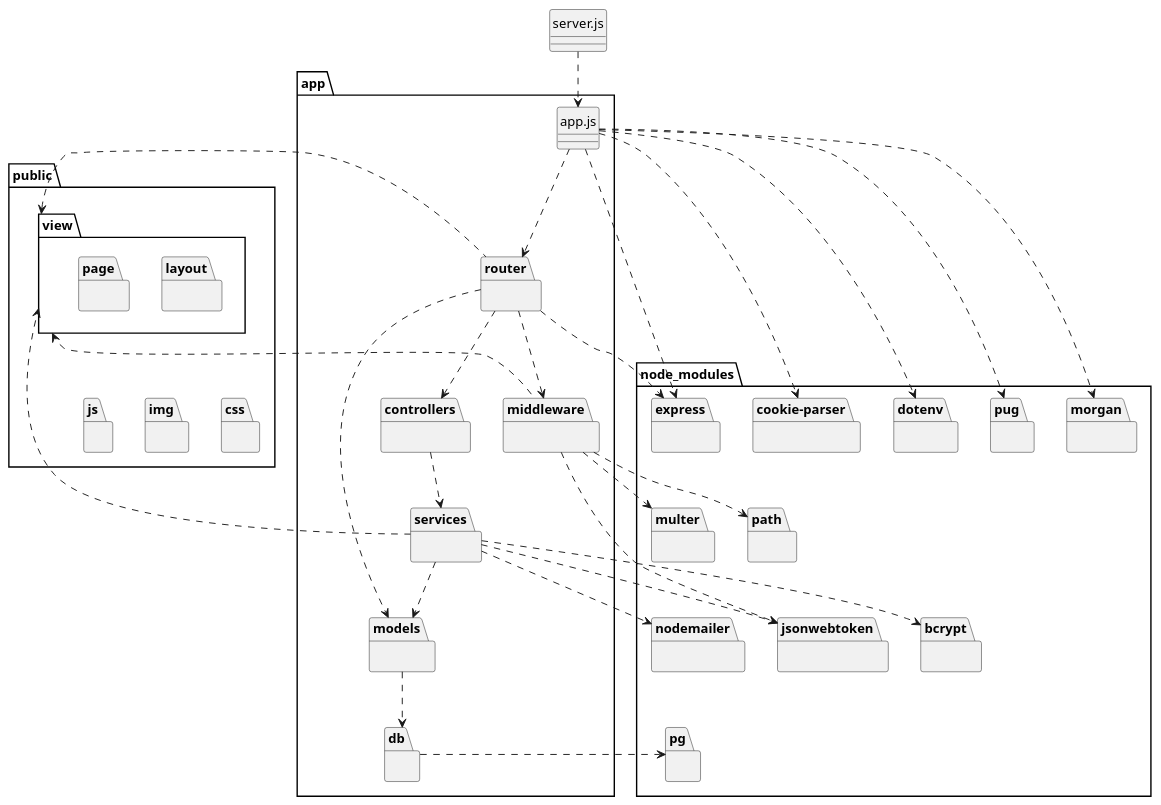
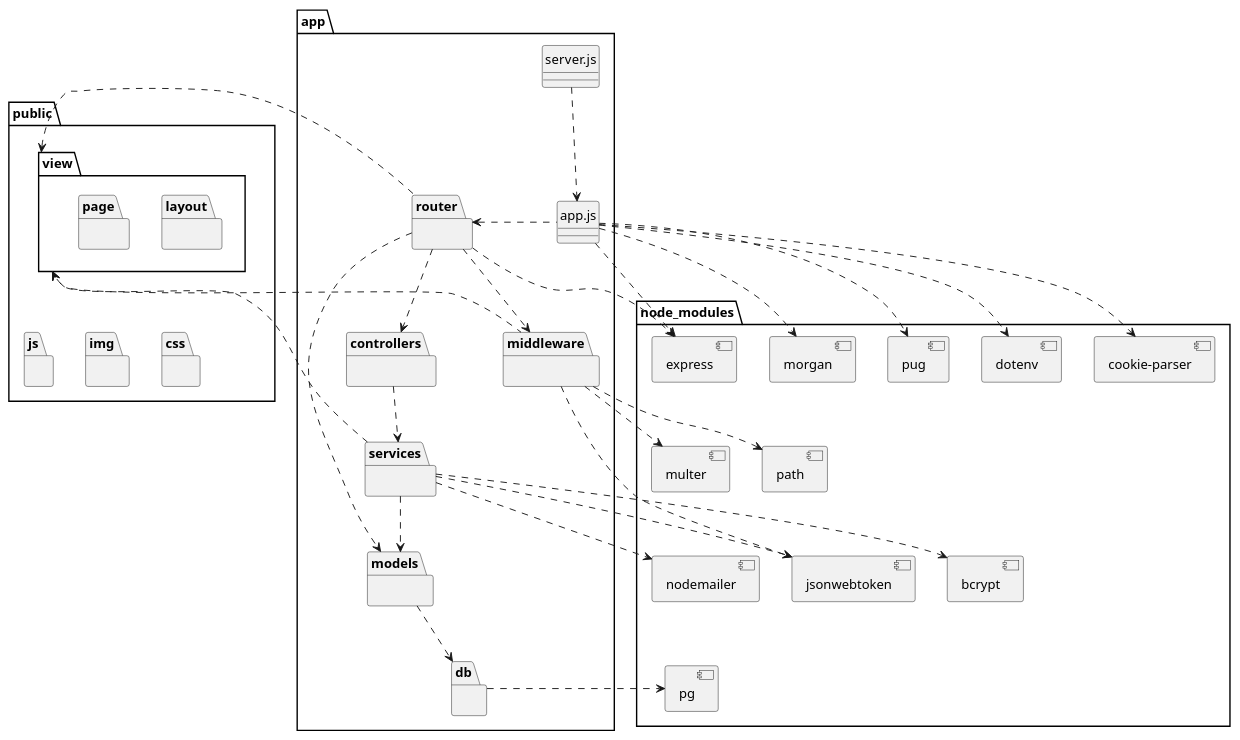
Before and after one commit to mpaulaherrero/tesis-frameworks-backend-diagrams: the diagram in logicalView/designView/express/architectureDesign/designPackageDiagram.plantuml, drawn with PlantUML.

Commit message:
components

```diff
--- a/logicalView/designView/express/architectureDesign/designPackageDiagram.plantuml
+++ b/logicalView/designView/express/architectureDesign/designPackageDiagram.plantuml
@@ -1,90 +1,90 @@
 @startuml
 skinparam style strictuml
-
-class "server.js" as serverJS
+allow_mixing
 
 package app {
+    class "server.js" as serverJS
     class "app.js" as appJS
     package router {}
     package middleware{}
     package controllers{}
     package models{}
     package services{}
     package db{}
 }
 
 package public{
     package css{}
     package img{}
     package js{}
     package view{
         package layout{}
         package page{}
     }
 }
 
 package node_modules{
-    package express{}
-    package multer{}
-    package path{}
-    package nodemailer{}
-    package jsonwebtoken{}
-    package bcrypt{}
-    package morgan{}
-    package "cookie-parser" as cookieParser{}
-    package pg{}
-    package dotenv{}
-    package pug{}
+    component express
+    component multer
+    component path
+    component nodemailer
+    component jsonwebtoken
+    component bcrypt
+    component morgan
+    component [cookie-parser] as cookieParser
+    component pg
+    component dotenv
+    component pug
 }
 
 serverJS .d.> appJS
 
-appJS ..> router
+appJS .l.> router
 appJS .[hidden].> db
 appJS ..> morgan
 appJS ..> cookieParser
 appJS ..> express
 appJS ..> dotenv
 appJS ..> pug
 appJS .[hidden]left.> public.view
 
 router .left.> public.view
 router ..> express
 router ..> middleware
 router ..> controllers
 router ..> models
 
 middleware ..> multer
 middleware ..> path
 middleware ..> jsonwebtoken
 middleware .left.> public.view
 
 controllers ..> services
 
 services ..> models
 services ..> nodemailer
 services ..> jsonwebtoken
 services ..> bcrypt
 services ..> view
 
 models ..> db
 db .right.> pg
 
 view .[hidden]down.> css
 css .[hidden]left.> img
 img .[hidden]left.> js
 
 express .[hidden]left.> morgan
 morgan .[hidden]left.> cookieParser
 cookieParser .[hidden]left.> dotenv
 dotenv .[hidden]left.> pug
 
 express .[hidden]down.> path
 multer .[hidden]left.> path
 
 multer .[hidden]down.> bcrypt
 bcrypt .[hidden]left.> nodemailer
 nodemailer .[hidden]left.> jsonwebtoken
 
 nodemailer .[hidden]down.> pg
 @enduml
```
